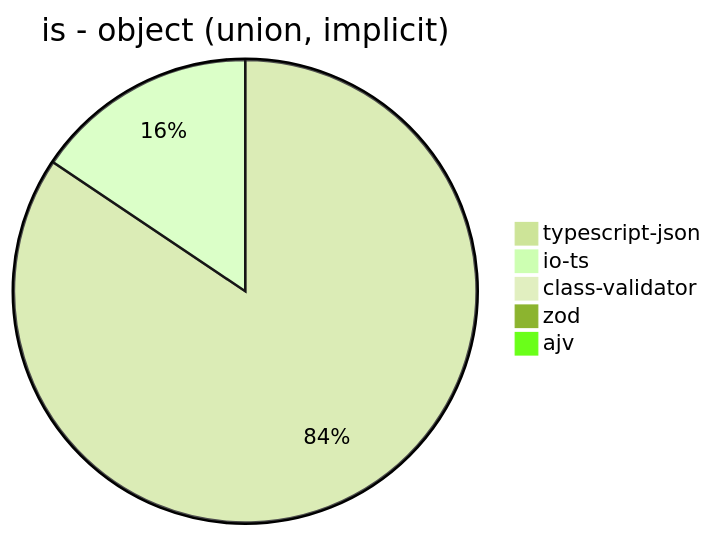
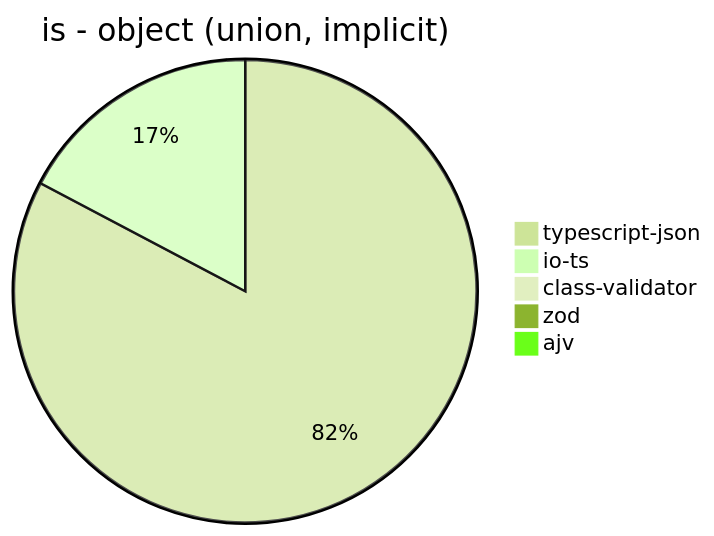
Before and after one commit to samchon/typia: the fourth of 40 diagrams in benchmark/results/AMD Ryzen 7 5800H with Radeon Graphics.md, drawn with Mermaid (forest theme). The commit also changed other lines of this file and 4 other files, not shown here.

````diff
--- a/benchmark/results/AMD Ryzen 7 5800H with Radeon Graphics.md
+++ b/benchmark/results/AMD Ryzen 7 5800H with Radeon Graphics.md
@@ -51,8 +51,8 @@
 ```mermaid
 pie title is - object (union, implicit)
-  "typescript-json": 17336.20847861993
-  "io-ts": 3201.3410318495066
-  "class-validator": 16.73101673101673
-  "zod": 51.9050248481502
+  "typescript-json": 15526.170291190563
+  "io-ts": 3241.9504932067744
+  "class-validator": 16.750720461095103
+  "zod": 54.02384500745156
   "ajv": 0
 ```
````
